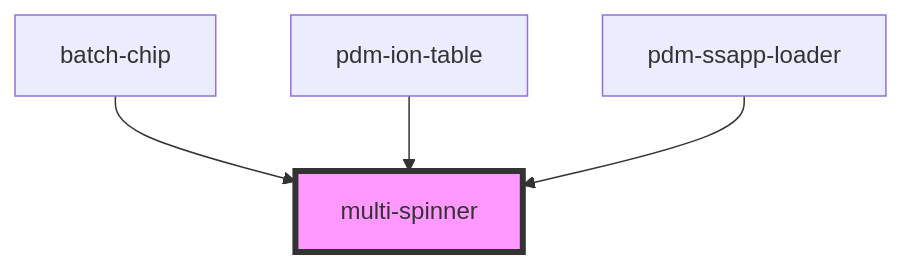
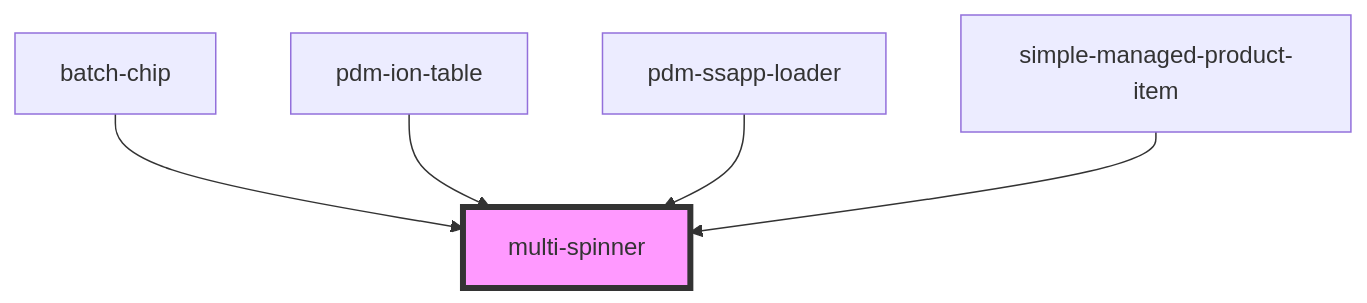
The diagram in pdm-web-components/src/components/multi-spinner/readme.md (PharmaLedger-IMI/fgt-workspace), drawn with Mermaid before and after one commit. The commit also changed other lines of this file and 35 other files, not shown here.

````diff
--- a/pdm-web-components/src/components/multi-spinner/readme.md
+++ b/pdm-web-components/src/components/multi-spinner/readme.md
@@ -24,7 +25,8 @@
 ```mermaid
 graph TD;
   batch-chip --> multi-spinner
   pdm-ion-table --> multi-spinner
   pdm-ssapp-loader --> multi-spinner
+  simple-managed-product-item --> multi-spinner
   style multi-spinner fill:#f9f,stroke:#333,stroke-width:4px
 ```
````
